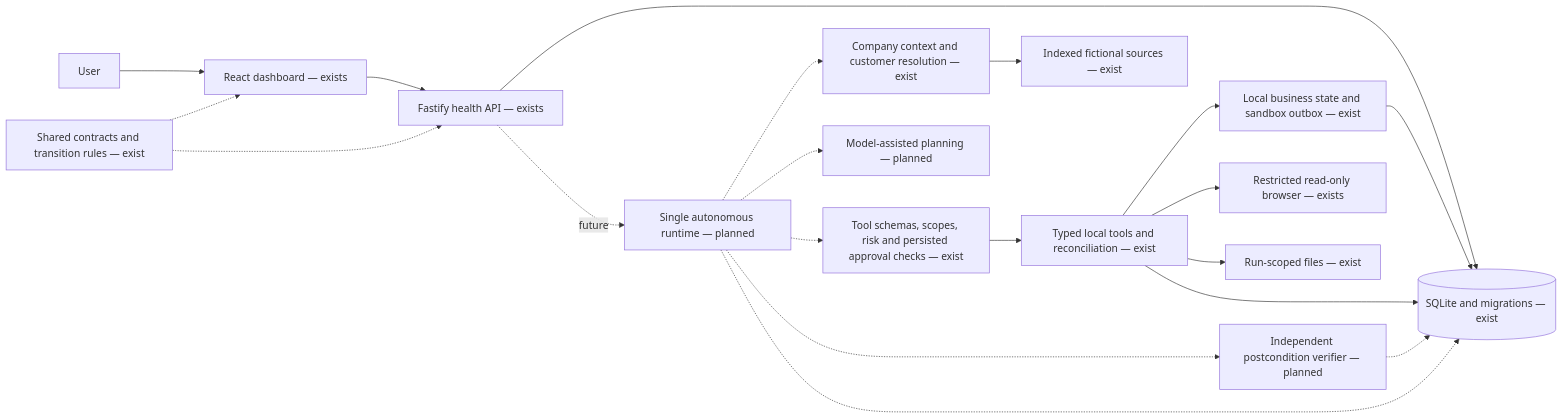
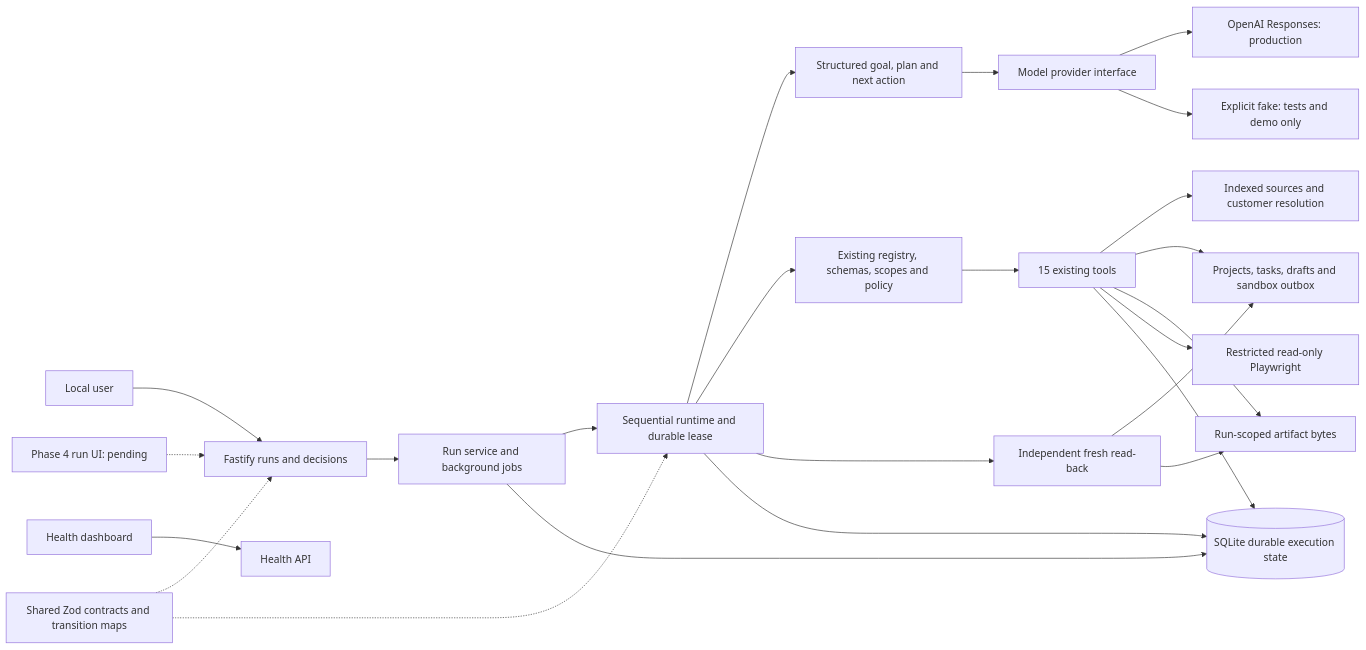
Before and after one commit to ad8ya089/centralign-operator: the diagram in docs/architecture.md, drawn with Mermaid. The commit also changed other lines of this file and 34 other files, not shown here.

Commit message:
feat: add autonomous runtime and durable execution

````diff
--- a/docs/architecture.md
+++ b/docs/architecture.md
@@ -9,22 +5,26 @@
 ```mermaid
 flowchart LR
-  User[User] --> Web[React dashboard — exists]
-  Web --> API[Fastify health API — exists]
-  API --> DB[(SQLite and migrations — exist)]
-  Shared[Shared contracts and transition rules — exist] -.-> Web
-  Shared -.-> API
-  API -. future .-> Runtime[Single autonomous runtime — planned]
-  Runtime -.-> Context[Company context and customer resolution — exist]
-  Context --> Sources[Indexed fictional sources — exist]
-  Runtime -.-> Planner[Model-assisted planning — planned]
-  Runtime -.-> Controls[Tool schemas, scopes, risk and persisted approval checks — exist]
-  Controls --> Tools[Typed local tools and reconciliation — exist]
-  Tools --> Business[Local business state and sandbox outbox — exist]
-  Tools --> Browser[Restricted read-only browser — exists]
-  Tools --> Artifacts[Run-scoped files — exist]
+  User[Local user] --> API[Fastify runs and decisions]
+  Web[Health dashboard] --> Health[Health API]
+  UI[Phase 4 run UI: pending] -.-> API
+  API --> Service[Run service and background jobs]
+  Service --> Runtime[Sequential runtime and durable lease]
+  Runtime --> Decisions[Structured goal, plan and next action]
+  Decisions --> Provider[Model provider interface]
+  Provider --> OpenAI[OpenAI Responses: production]
+  Provider --> Fake[Explicit fake: tests and demo only]
+  Runtime --> Controls[Existing registry, schemas, scopes and policy]
+  Controls --> Tools[15 existing tools]
+  Tools --> Context[Indexed sources and customer resolution]
+  Tools --> Business[Projects, tasks, drafts and sandbox outbox]
+  Tools --> Files[Run-scoped artifact bytes]
+  Tools --> Browser[Restricted read-only Playwright]
+  Runtime --> Verify[Independent fresh read-back]
+  Verify --> Business
+  Verify --> Files
+  Runtime --> DB[(SQLite durable execution state)]
   Tools --> DB
-  Business --> DB
-  Runtime -.-> Verifier[Independent postcondition verifier — planned]
-  Runtime -.-> DB
-  Verifier -.-> DB
+  Service --> DB
+  Shared[Shared Zod contracts and transition maps] -.-> API
+  Shared -.-> Runtime
 ```
````
